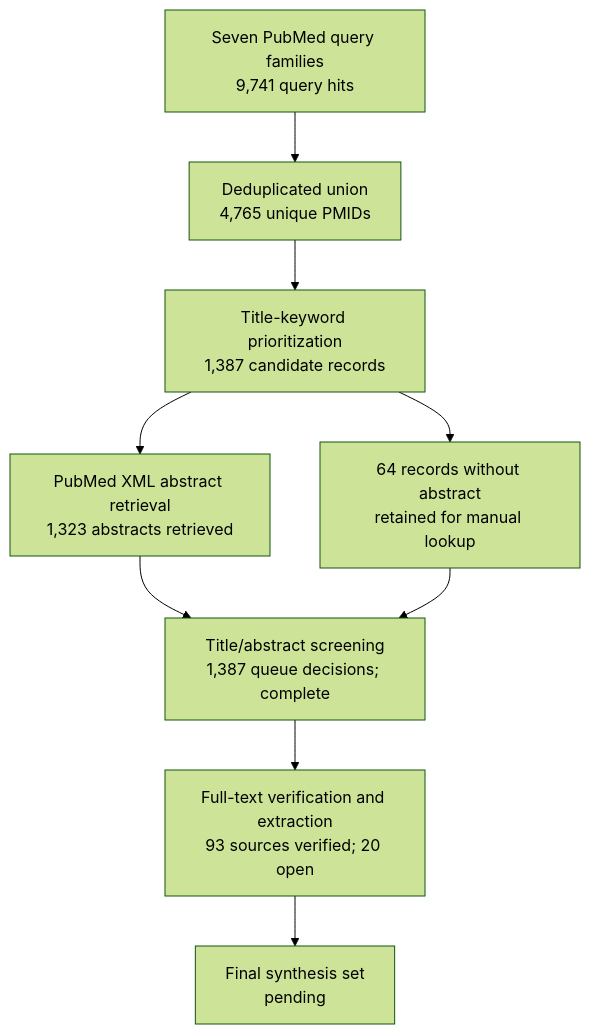
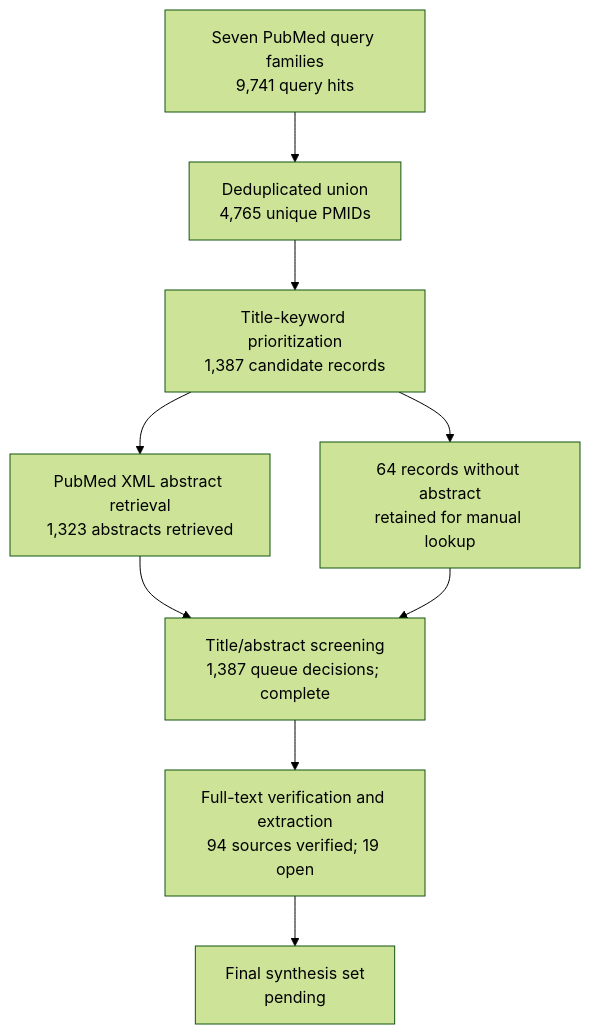
Before and after one commit to dcmcshan/artemisia: the diagram in manuscript/review-flow.md, drawn with Mermaid (forest theme). The commit also changed other lines of this file and 16 other files, not shown here.

````diff
--- a/manuscript/review-flow.md
+++ b/manuscript/review-flow.md
@@ -5,11 +5,11 @@
 ```mermaid
 flowchart TB
   Q[Seven PubMed query families<br/>9,741 query hits] --> U[Deduplicated union<br/>4,765 unique PMIDs]
   U --> T[Title-keyword prioritization<br/>1,387 candidate records]
   T --> A[PubMed XML abstract retrieval<br/>1,323 abstracts retrieved]
   T --> N[64 records without abstract<br/>retained for manual lookup]
   A --> M[Title/abstract screening<br/>1,387 queue decisions; complete]
   N --> M
-  M --> F[Full-text verification and extraction<br/>93 sources verified; 20 open]
+  M --> F[Full-text verification and extraction<br/>94 sources verified; 19 open]
   F --> S[Final synthesis set<br/>pending]
 ```
````
